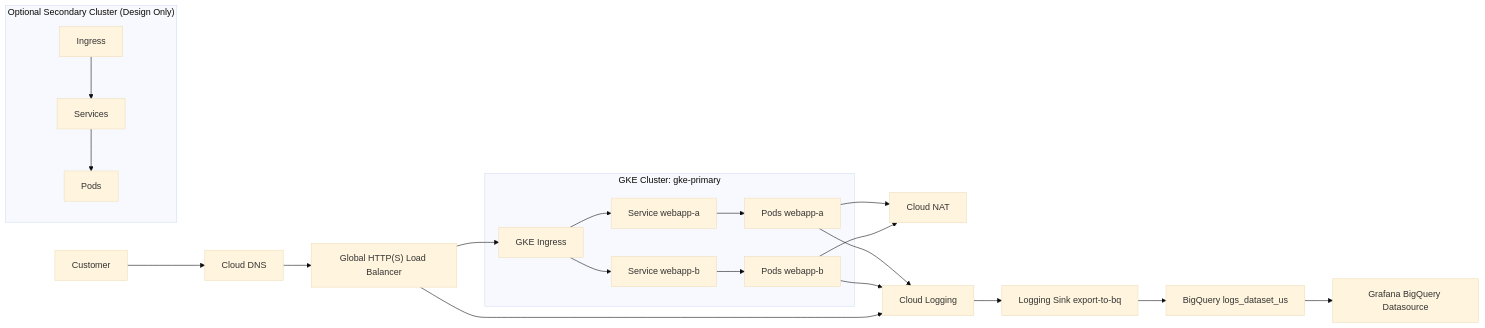
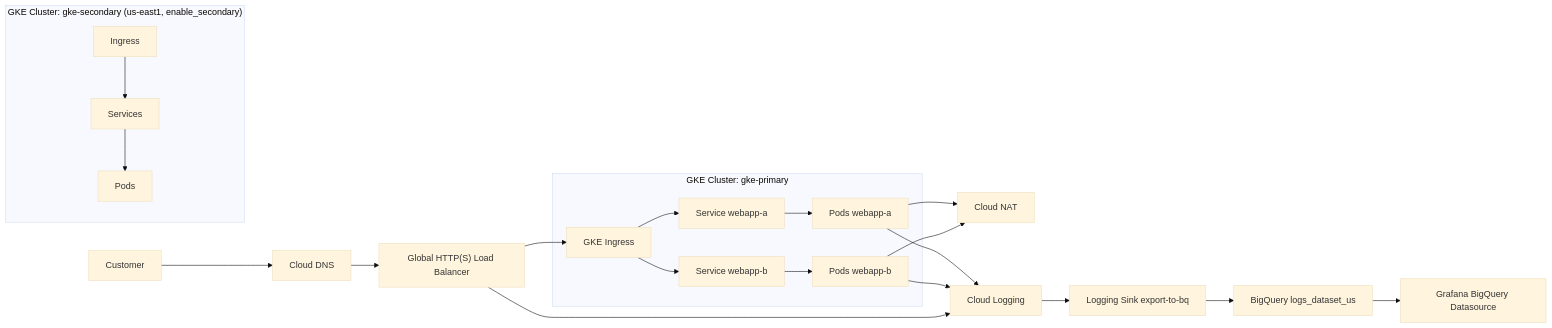
The diagram in docs/architecture.md (jchandrasekhar-commits/GCPIAM), drawn with Mermaid (base theme) before and after one commit. The commit also changed other lines of this file and 12 other files, not shown here.

````diff
--- a/docs/architecture.md
+++ b/docs/architecture.md
@@ -7,32 +7,32 @@
 ```mermaid
 flowchart LR
   U[Customer] --> DNS[Cloud DNS]
   DNS --> GLB["Global HTTP(S) Load Balancer"]
   GLB --> ING[GKE Ingress]
 
   subgraph GKE_PRIMARY["GKE Cluster: gke-primary"]
     SA[Service webapp-a]
     SB[Service webapp-b]
     PA[Pods webapp-a]
     PB[Pods webapp-b]
     ING --> SA --> PA
     ING --> SB --> PB
   end
 
-  subgraph GKE_SECONDARY["Optional Secondary Cluster (Design Only)"]
+  subgraph GKE_SECONDARY["GKE Cluster: gke-secondary (us-east1, enable_secondary)"]
     ING2[Ingress]
     S2[Services]
     P2[Pods]
     ING2 --> S2 --> P2
   end
 
   PA --> NAT[Cloud NAT]
   PB --> NAT
 
   PA --> LOGS[Cloud Logging]
   PB --> LOGS
   GLB --> LOGS
   LOGS --> SINK[Logging Sink export-to-bq]
   SINK --> BQ[BigQuery logs_dataset_us]
   BQ --> GRAF[Grafana BigQuery Datasource]
 ```
````
